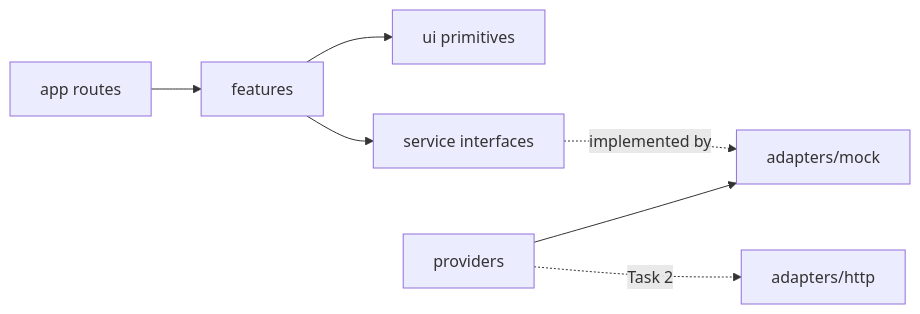
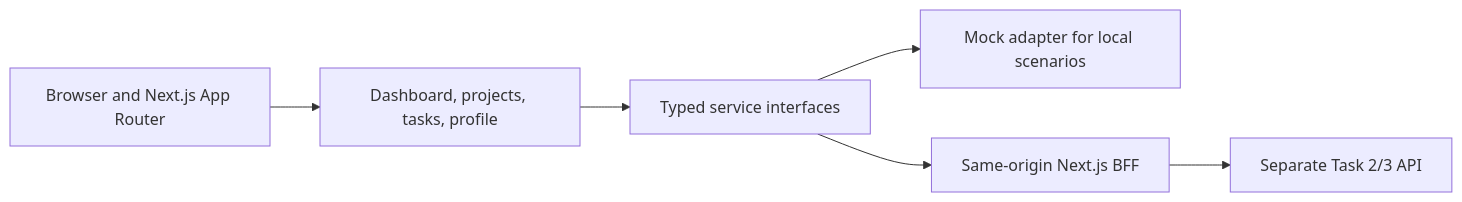
Before and after one commit to Aime-Serge/innovation-hacks-task1-dashboard: the diagram in README.md, drawn with Mermaid. The commit also changed other lines of this file and 193 other files, not shown here.

Commit message:
chore: preserve local dashboard recovery state

````diff
--- a/README.md
+++ b/README.md
@@ -109,9 +37,8 @@
 ```mermaid
 flowchart LR
-  A[app routes] --> F[features]
-  F --> U[ui primitives]
-  F --> S[service interfaces]
-  P[providers] --> M[adapters/mock]
-  P -.Task 2.-> H[adapters/http]
-  S -.implemented by.-> M
+  Browser[Browser and Next.js App Router] --> Features[Dashboard, projects, tasks, profile]
+  Features --> Services[Typed service interfaces]
+  Services --> Mock[Mock adapter for local scenarios]
+  Services --> BFF[Same-origin Next.js BFF]
+  BFF --> API[Separate Task 2/3 API]
 ```
````
